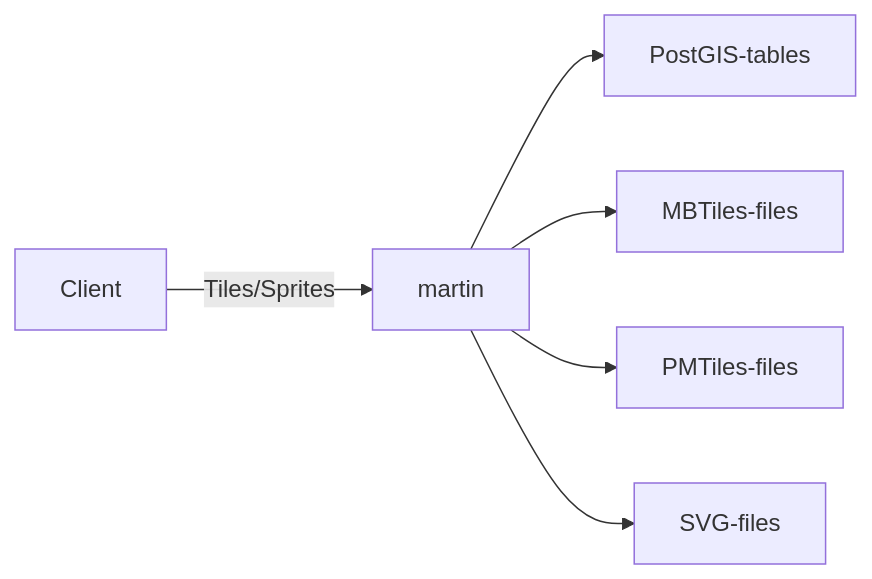
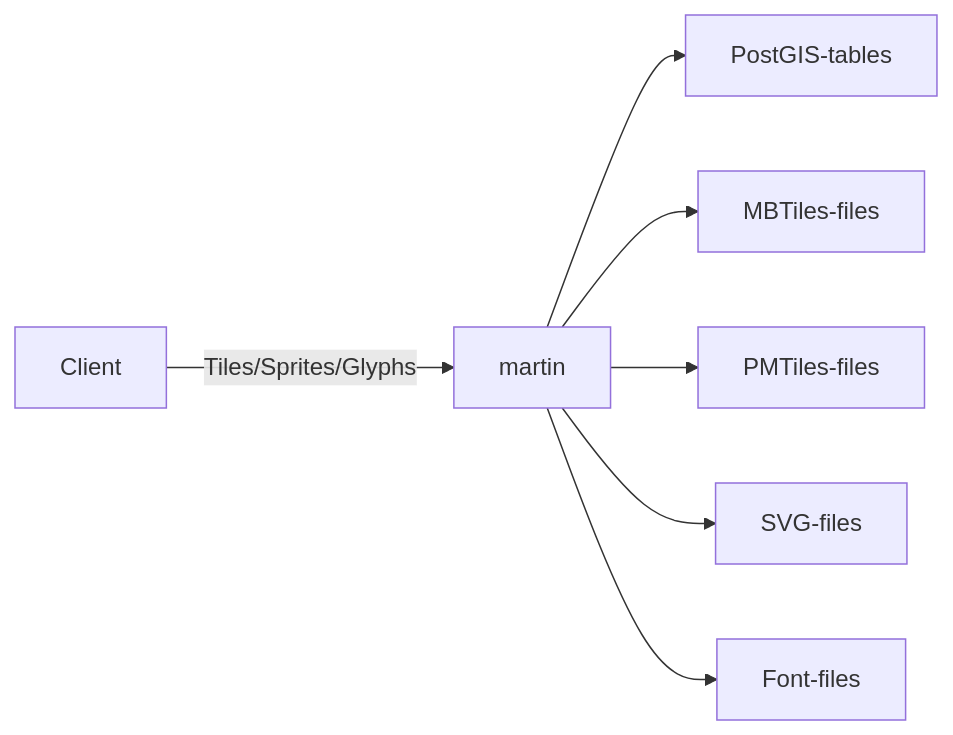
Before and after one commit to mug-jp/martin-starter: the diagram in README.md, drawn with Mermaid.

````diff
--- a/README.md
+++ b/README.md
@@ -22,12 +22,13 @@
 ```mermaid
 graph LR
 
 martin --> PostGIS-tables
 martin --> MBTiles-files
 martin --> PMTiles-files
 martin --> SVG-files
+martin --> Font-files
 
 
-Client --Tiles/Sprites--> martin
+Client --Tiles/Sprites/Glyphs--> martin
 
 ```
````
